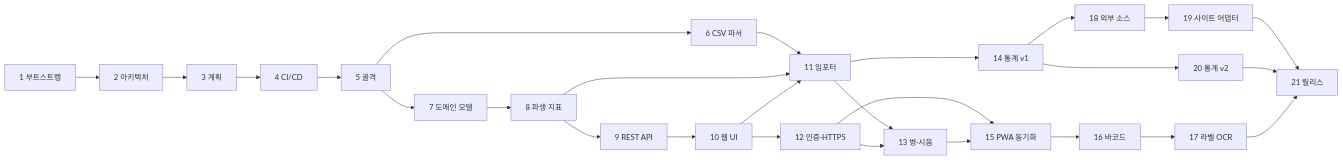
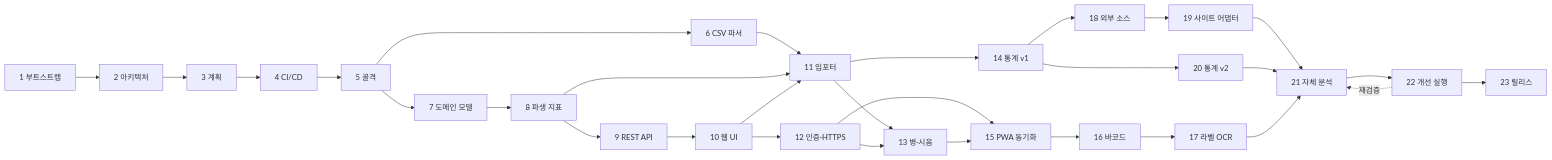
The diagram in docs/plan.md (jihoon22-lee/SoolJang), drawn with Mermaid before and after one commit. The commit also changed other lines of this file and 4 other files, not shown here.

````diff
--- a/docs/plan.md
+++ b/docs/plan.md
@@ -154,23 +159,26 @@
 ```mermaid
 flowchart LR
     T1[1 부트스트랩] --> T2[2 아키텍처] --> T3[3 계획] --> T4[4 CI/CD] --> T5[5 골격]
     T5 --> T6[6 CSV 파서]
     T5 --> T7[7 도메인 모델] --> T8[8 파생 지표] --> T9[9 REST API] --> T10[10 웹 UI]
     T6 --> T11[11 임포터]
     T8 --> T11
     T10 --> T11
     T10 --> T12[12 인증·HTTPS]
     T11 --> T13[13 병·시음]
     T12 --> T13
     T11 --> T14[14 통계 v1]
     T12 --> T15[15 PWA 동기화]
     T13 --> T15
     T15 --> T16[16 바코드]
     T16 --> T17[17 라벨 OCR]
     T14 --> T18[18 외부 소스]
     T18 --> T19[19 사이트 어댑터]
     T14 --> T20[20 통계 v2]
-    T19 --> T21[21 릴리스]
+    T19 --> T21[21 자체 분석]
     T20 --> T21
     T17 --> T21
+    T21 --> T22[22 개선 실행]
+    T22 -.재검증.-> T21
+    T22 --> T23[23 릴리스]
 ```
````
